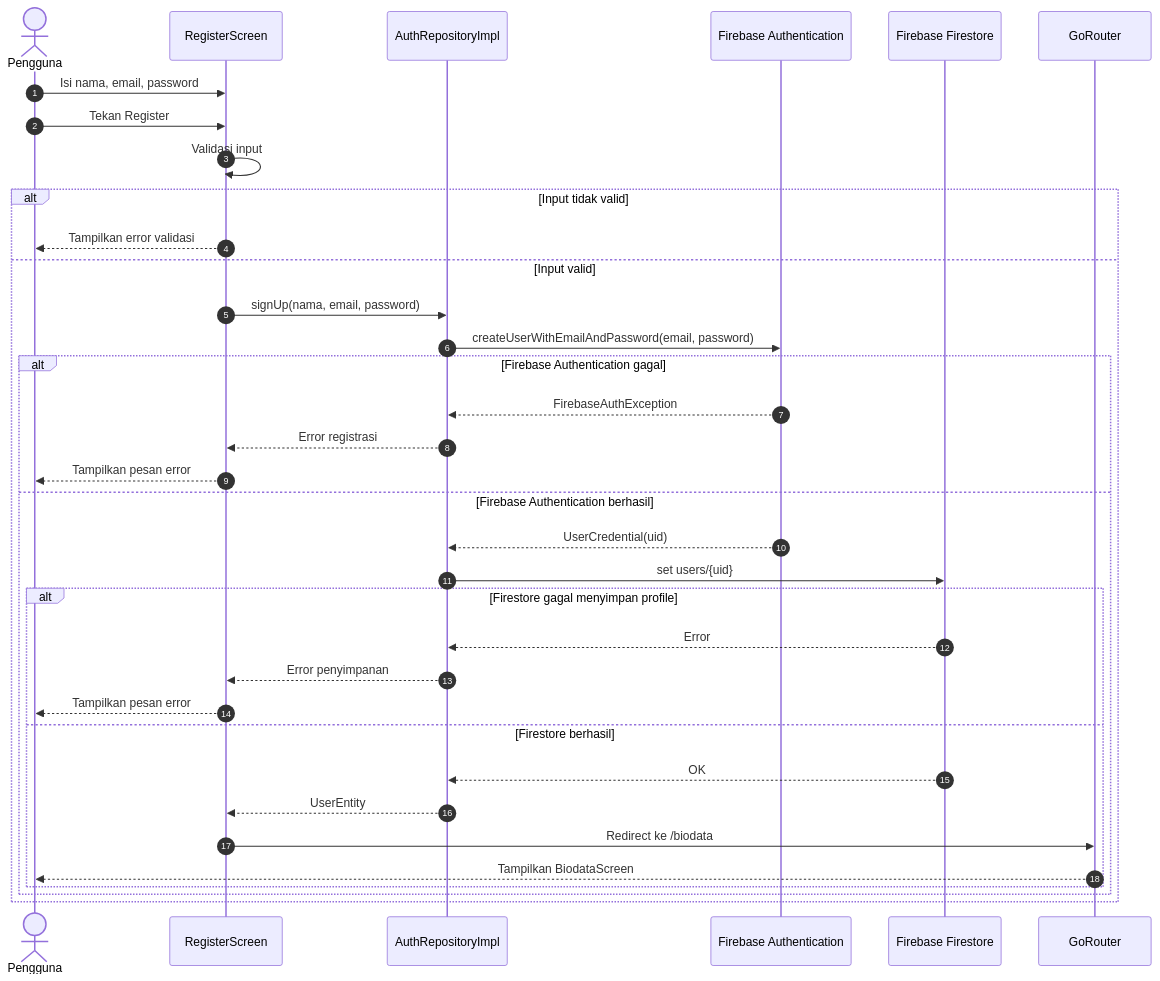
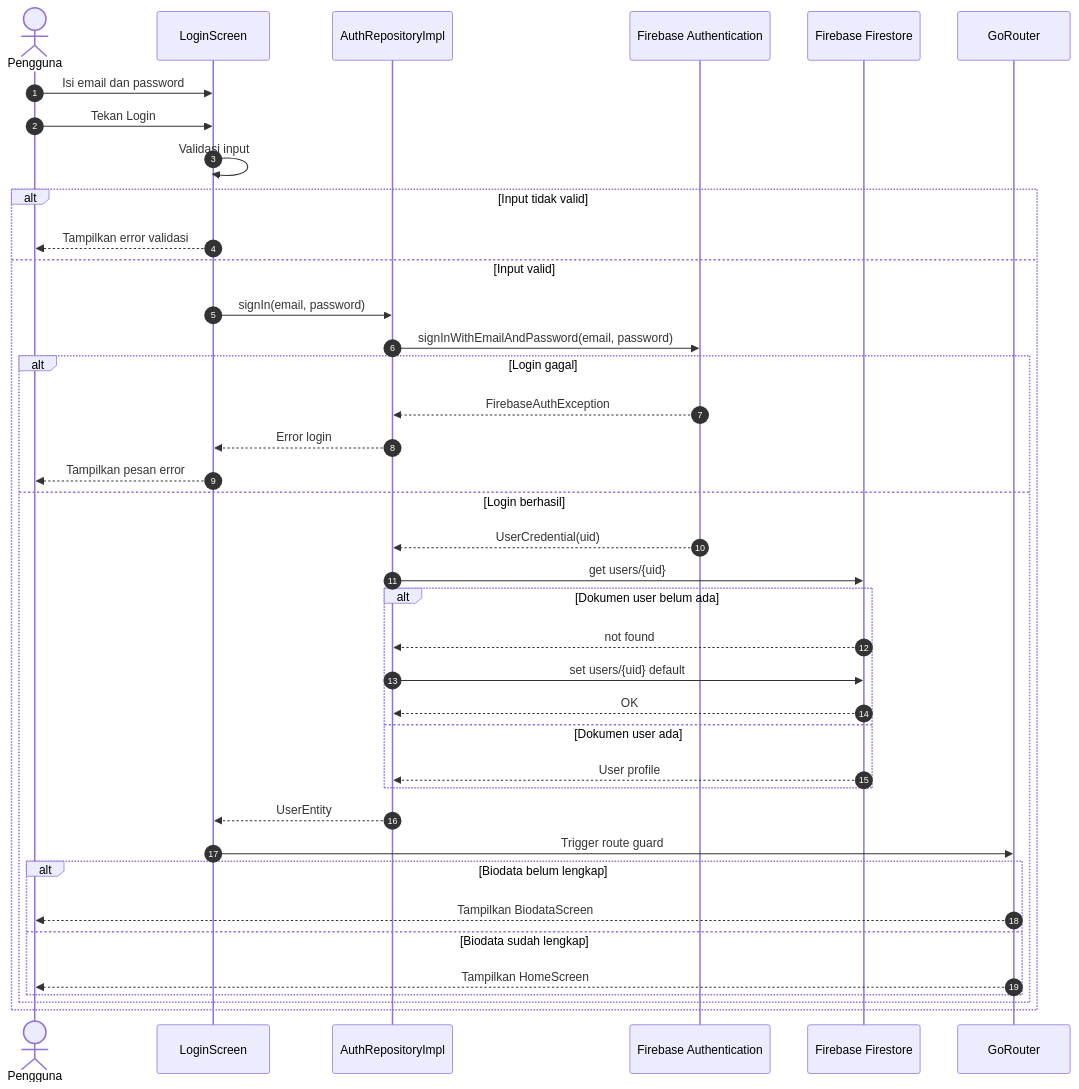
Before and after one commit to arifrachmatdx/Kinetra: diagram 14 of 24 in docs/uml.md, drawn with Mermaid. The commit also changed other lines of this file and 1 other file, not shown here.

Commit message:
docs: align UML diagrams with requested use cases

````diff
--- a/docs/uml.md
+++ b/docs/uml.md
@@ -836,38 +816,42 @@
 ```mermaid
 sequenceDiagram
     autonumber
     actor User as Pengguna
-    participant Register as RegisterScreen
+    participant Login as LoginScreen
     participant AuthRepo as AuthRepositoryImpl
     participant FirebaseAuth as Firebase Authentication
     participant Firestore as Firebase Firestore
     participant Router as GoRouter
 
-    User->>Register: Isi nama, email, password
-    User->>Register: Tekan Register
-    Register->>Register: Validasi input
+    User->>Login: Isi email dan password
+    User->>Login: Tekan Login
+    Login->>Login: Validasi input
     alt Input tidak valid
-        Register-->>User: Tampilkan error validasi
+        Login-->>User: Tampilkan error validasi
     else Input valid
-        Register->>AuthRepo: signUp(nama, email, password)
-        AuthRepo->>FirebaseAuth: createUserWithEmailAndPassword(email, password)
-        alt Firebase Authentication gagal
+        Login->>AuthRepo: signIn(email, password)
+        AuthRepo->>FirebaseAuth: signInWithEmailAndPassword(email, password)
+        alt Login gagal
             FirebaseAuth-->>AuthRepo: FirebaseAuthException
-            AuthRepo-->>Register: Error registrasi
-            Register-->>User: Tampilkan pesan error
-        else Firebase Authentication berhasil
+            AuthRepo-->>Login: Error login
+            Login-->>User: Tampilkan pesan error
+        else Login berhasil
             FirebaseAuth-->>AuthRepo: UserCredential(uid)
-            AuthRepo->>Firestore: set users/{uid}
-            alt Firestore gagal menyimpan profile
-                Firestore-->>AuthRepo: Error
-                AuthRepo-->>Register: Error penyimpanan
-                Register-->>User: Tampilkan pesan error
-            else Firestore berhasil
+            AuthRepo->>Firestore: get users/{uid}
+            alt Dokumen user belum ada
+                Firestore-->>AuthRepo: not found
+                AuthRepo->>Firestore: set users/{uid} default
                 Firestore-->>AuthRepo: OK
-                AuthRepo-->>Register: UserEntity
-                Register->>Router: Redirect ke /biodata
+            else Dokumen user ada
+                Firestore-->>AuthRepo: User profile
+            end
+            AuthRepo-->>Login: UserEntity
+            Login->>Router: Trigger route guard
+            alt Biodata belum lengkap
                 Router-->>User: Tampilkan BiodataScreen
+            else Biodata sudah lengkap
+                Router-->>User: Tampilkan HomeScreen
             end
         end
     end
 ```
````
